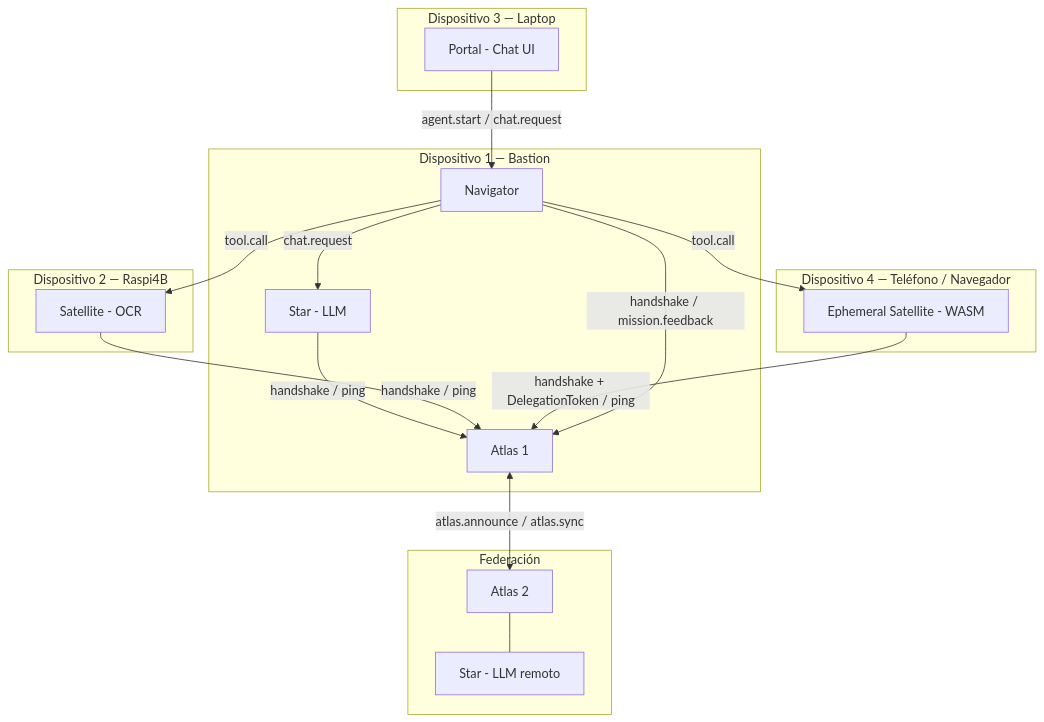
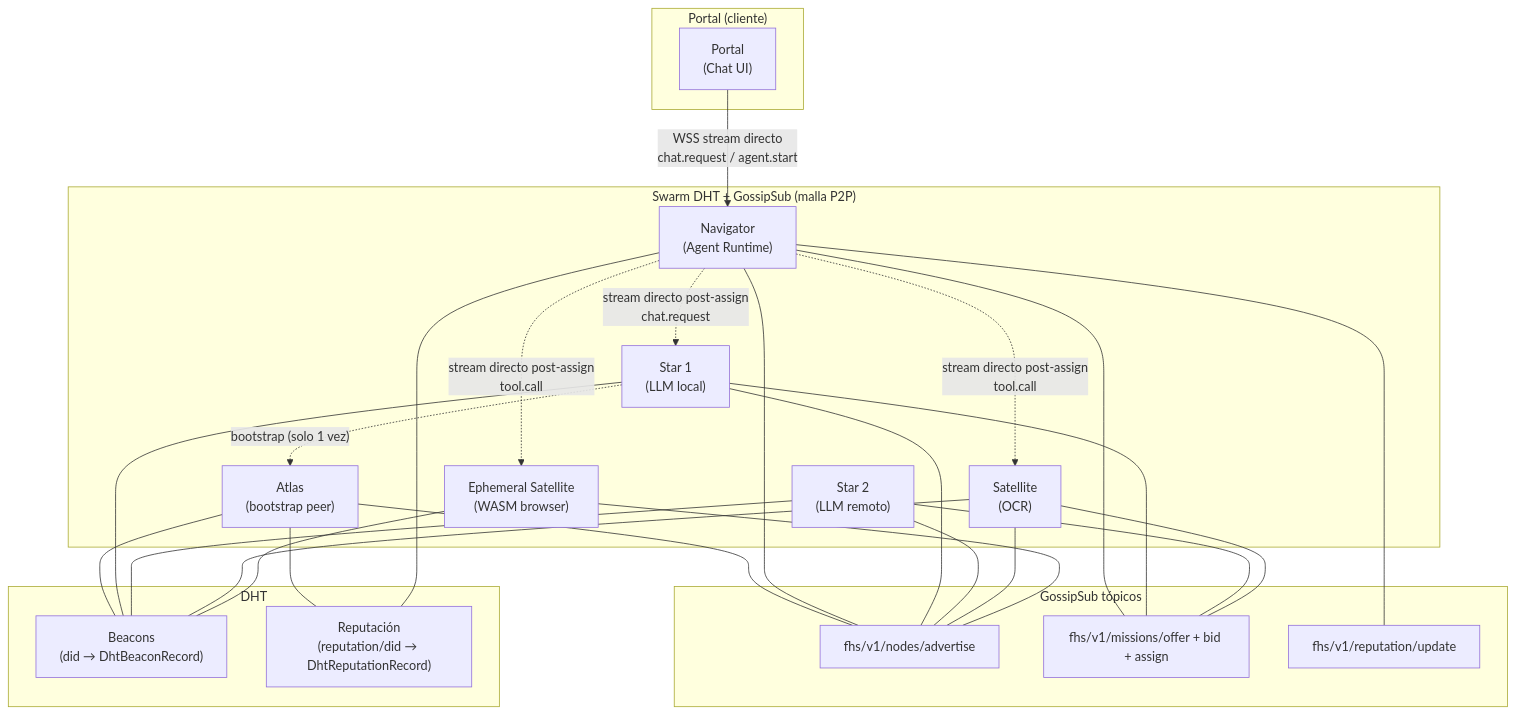
The first of 2 diagrams in protocol/architecture.md (rafex/galaxIA), drawn with Mermaid before and after one commit. The commit also changed other lines of this file and 5 other files, not shown here.

````diff
--- a/protocol/architecture.md
+++ b/protocol/architecture.md
@@ -17,37 +20,59 @@
 ```mermaid
 graph TB
-    subgraph "Dispositivo 1 — Bastion"
-        AT1[Atlas 1]
-        NAV[Navigator]
-        STAR[Star - LLM]
+    subgraph "Swarm DHT + GossipSub (malla P2P)"
+        AT["Atlas\n(bootstrap peer)"]
+        NAV["Navigator\n(Agent Runtime)"]
+        STAR1["Star 1\n(LLM local)"]
+        STAR2["Star 2\n(LLM remoto)"]
+        SAT["Satellite\n(OCR)"]
+        EPH["Ephemeral Satellite\n(WASM browser)"]
     end
 
-    subgraph "Dispositivo 2 — Raspi4B"
-        SAT[Satellite - OCR]
+    subgraph "Portal (cliente)"
+        PORT["Portal\n(Chat UI)"]
     end
 
-    subgraph "Dispositivo 3 — Laptop"
-        PORT[Portal - Chat UI]
+    subgraph "GossipSub tópicos"
+        G1["fhs/v1/nodes/advertise"]
+        G2["fhs/v1/missions/offer + bid + assign"]
+        G3["fhs/v1/reputation/update"]
     end
 
-    subgraph "Dispositivo 4 — Teléfono / Navegador"
-        EPH[Ephemeral Satellite - WASM]
+    subgraph "DHT"
+        D1["Beacons\n(did → DhtBeaconRecord)"]
+        D2["Reputación\n(reputation/did → DhtReputationRecord)"]
     end
 
-    subgraph "Federación"
-        AT2[Atlas 2]
-        STAR2[Star - LLM remoto]
-    end
+    %% GossipSub broadcast
+    AT --- G1
+    NAV --- G1
+    STAR1 --- G1
+    STAR2 --- G1
+    SAT --- G1
+    EPH --- G1
 
-    STAR -->|handshake / ping| AT1
-    SAT -->|handshake / ping| AT1
-    EPH -->|handshake + DelegationToken / ping| AT1
-    NAV -->|handshake / mission.feedback| AT1
-    PORT -->|agent.start / chat.request| NAV
-    NAV -->|tool.call| SAT
-    NAV -->|tool.call| EPH
-    NAV -->|chat.request| STAR
+    NAV --- G2
+    STAR1 --- G2
+    STAR2 --- G2
+    SAT --- G2
 
-    AT1 <-->|atlas.announce / atlas.sync| AT2
-    AT2 --- STAR2
+    NAV --- G3
+
+    %% DHT
+    AT --- D1
+    STAR1 --- D1
+    STAR2 --- D1
+    SAT --- D1
+    EPH --- D1
+    AT --- D2
+    NAV --- D2
+
+    %% Stream directo (solo durante misiones activas)
+    PORT -->|"WSS stream directo\nchat.request / agent.start"| NAV
+    NAV -.->|"stream directo post-assign\nchat.request"| STAR1
+    NAV -.->|"stream directo post-assign\ntool.call"| SAT
+    NAV -.->|"stream directo post-assign\ntool.call"| EPH
+
+    %% Bootstrap (solo al unirse)
+    STAR1 -.->|"bootstrap (solo 1 vez)"| AT
 ```
````
